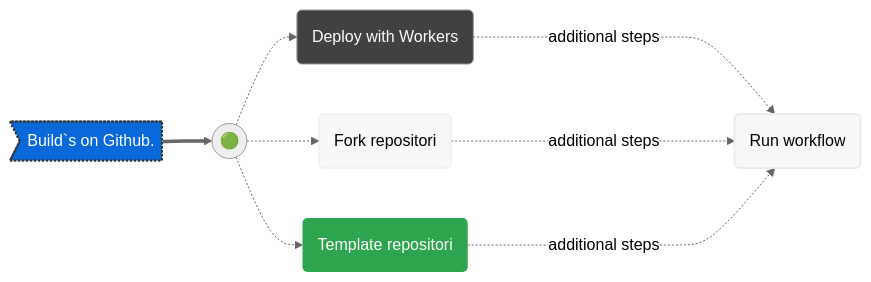
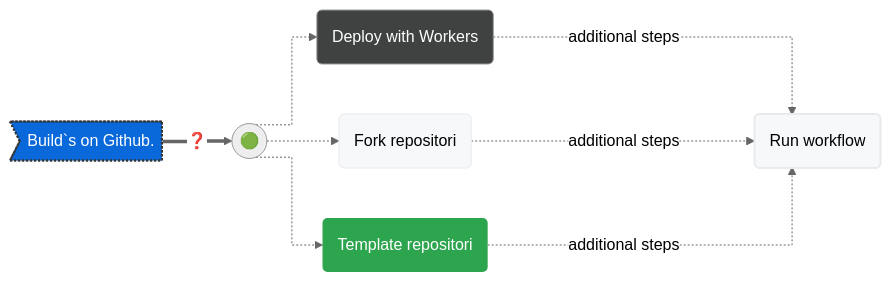
The diagram in README.md (milankomaj/dev-badge), drawn with Mermaid (neutral theme) before and after one commit.

````diff
--- a/README.md
+++ b/README.md
@@ -12,22 +12,23 @@
 ```mermaid
+%%{ init: { 'flowchart': { 'curve': 'stepAfter' } } }%%
 flowchart LR
 
-A>Build`s on Github.] ==>B
+A>Build`s on Github.] ==>|"#10067;"| B
 B(("🟢")) .->C("Deploy with Workers")
 B(("🟢")) .->D("Fork repositori")
 B(("🟢")) .->E("Template repositori")
 C & D & E -...->|additional steps| F("Run workflow") 
 
 style F fill:#f6f8fa,stroke:#333,stroke-width:2px
 style C fill:#404242,color:#fefefe
 style D fill:#f6f8fa,stroke:#e9eaec
 style E fill:#2da44e,stroke-width:0px,color:#ffffff
 style F fill:#f6f8fa,stroke:#e9eaec
 style A fill:#0969da,stroke:#333,stroke-width:2px,color:#fff,stroke-dasharray: 2 2
 
 click A "https://github.com/milankomaj/dev-badge"
 click D "https://github.com/milankomaj/dev-badge/fork"
 click E "https://github.com/milankomaj/dev-badge/generate"
 
 
 ```
````
